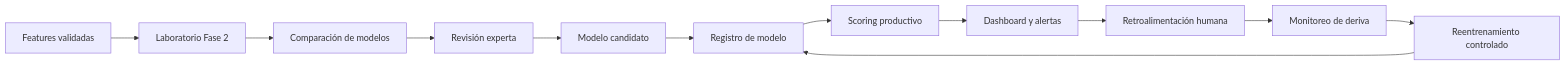
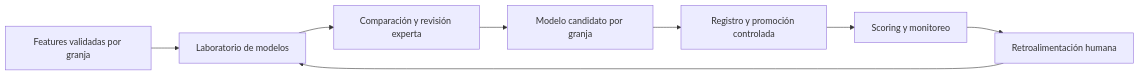
Before and after one commit to AnalistaBI25/Postura-Anomalias: the second of 2 diagrams in docs/architecture.md, drawn with Mermaid. The commit also changed other lines of this file and 57 other files, not shown here.

````diff
--- a/docs/architecture.md
+++ b/docs/architecture.md
@@ -24,14 +65,10 @@
 ```mermaid
 flowchart LR
-    A[Features validadas] --> B[Laboratorio Fase 2]
-    B --> C[Comparación de modelos]
-    C --> D[Revisión experta]
-    D --> E[Modelo candidato]
-    E --> F[Registro de modelo]
-    F --> G[Scoring productivo]
-    G --> H[Dashboard y alertas]
-    H --> I[Retroalimentación humana]
-    I --> J[Monitoreo de deriva]
-    J --> K[Reentrenamiento controlado]
-    K --> F
+    A[Features validadas por granja] --> B[Laboratorio de modelos]
+    B --> C[Comparación y revisión experta]
+    C --> D[Modelo candidato por granja]
+    D --> E[Registro y promoción controlada]
+    E --> F[Scoring y monitoreo]
+    F --> G[Retroalimentación humana]
+    G --> B
 ```
````
